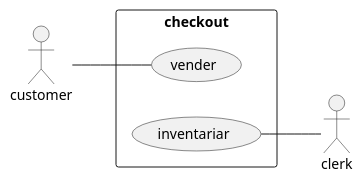
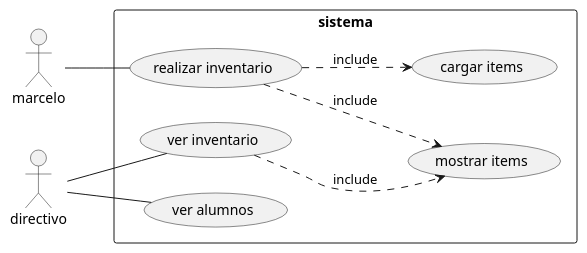
One commit to leonardxfce/docencia_ies9024 changed the diagram in diagramas/test2.wsd. Above: the diagram before and after it, drawn with PlantUML. The commit also changed 6 other files, not shown here.

Commit message:
incluyo clases 3, incluyo diagramas y un boceto para el cursos

```diff
--- a/diagramas/test2.wsd
+++ b/diagramas/test2.wsd
@@ -1,10 +1,13 @@
 @startuml test
 left to right direction
-skinparam packageStyle rectangle
-actor customer
-actor clerk
-rectangle checkout {
-    customer -- (vender)
-    (inventariar) -- clerk
+actor marcelo
+actor directivo
+rectangle sistema {
+    marcelo -- (realizar inventario)
+    (realizar inventario) ..> (mostrar items) : include
+    (realizar inventario) ..> (cargar items) : include
+    (ver inventario) ..> (mostrar items) : include
+    directivo -- (ver inventario)
+    directivo -- (ver alumnos)
 }
 @enduml
```
